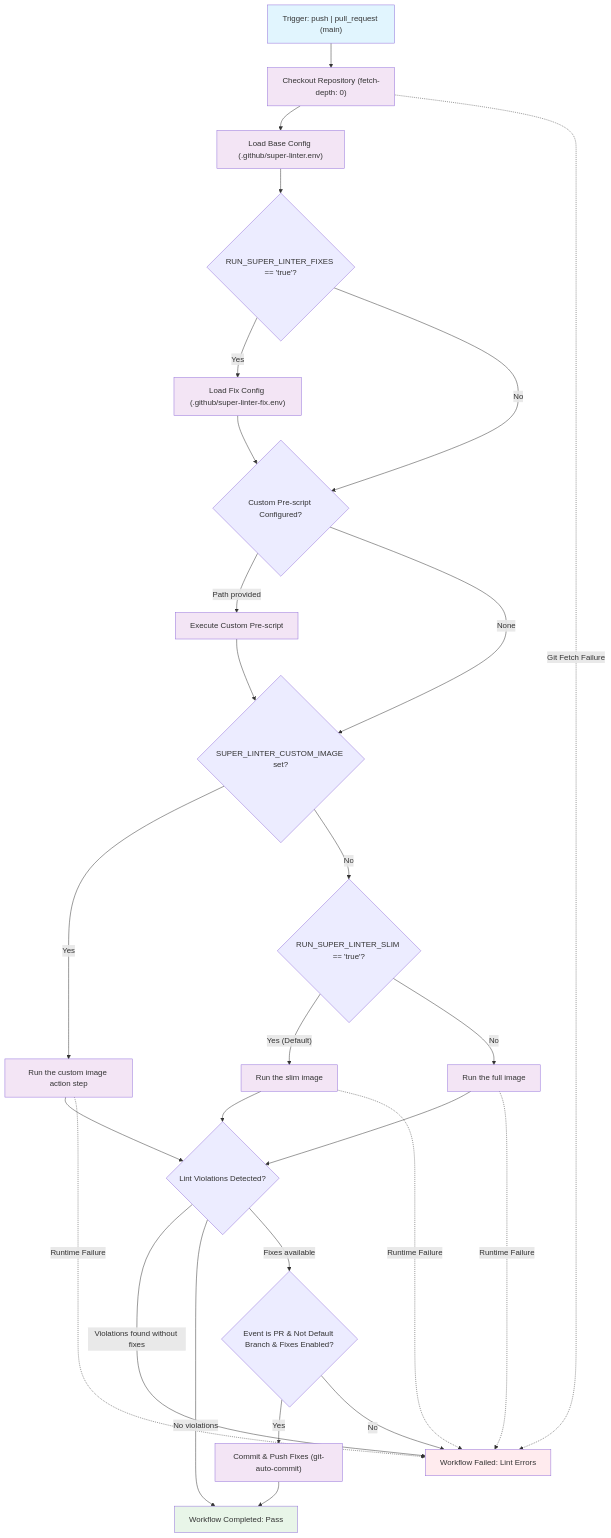
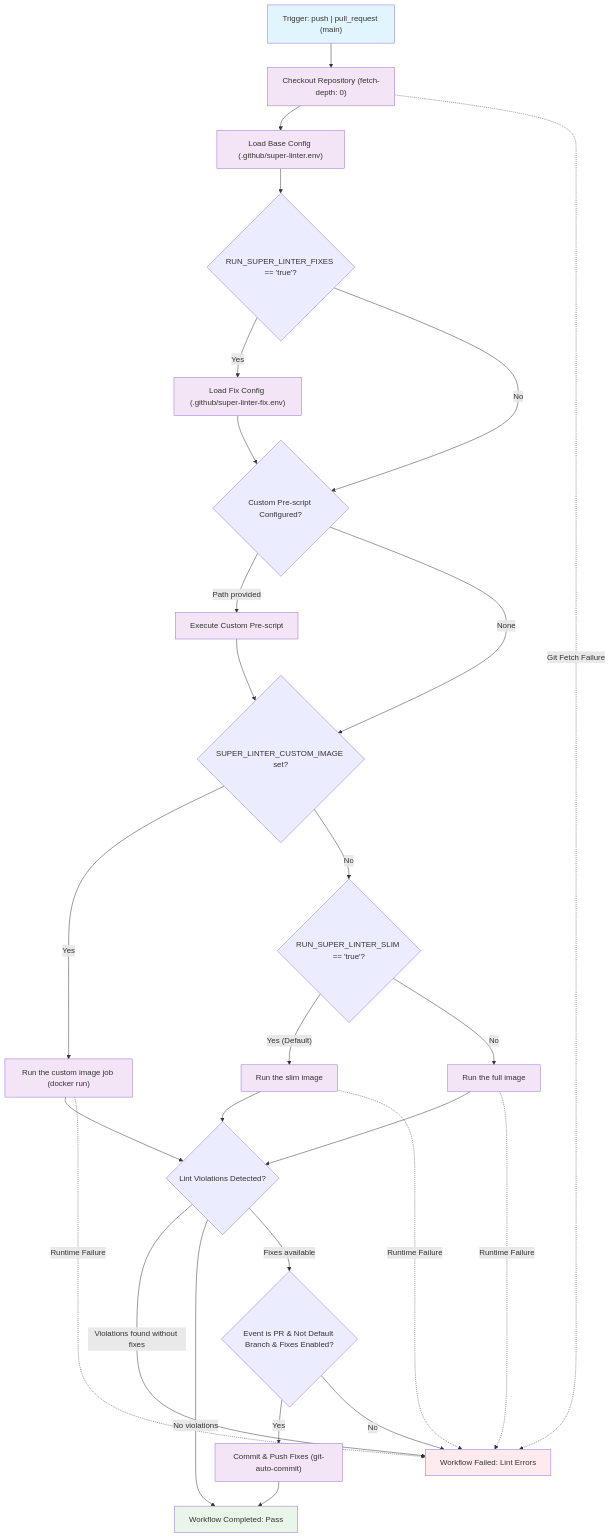
The diagram in workflows/super-linter/spec-process-cicd-super-linter.md (ghwfxlab/ghwm-registry), drawn with Mermaid before and after one commit. The commit also changed other lines of this file and 2 other files, not shown here.

First line of the commit message:
fix(super-linter): run the custom job only when an image is set and update the docs

````diff
--- a/workflows/super-linter/spec-process-cicd-super-linter.md
+++ b/workflows/super-linter/spec-process-cicd-super-linter.md
@@ -28,41 +28,41 @@
 ```mermaid
 graph TD
     TriggerNode["Trigger: push | pull_request (main)"] --> Checkout["Checkout Repository (fetch-depth: 0)"]
     Checkout --> LoadConfig["Load Base Config (.github/super-linter.env)"]
     LoadConfig --> CheckFixConfig{"RUN_SUPER_LINTER_FIXES == 'true'?"}
     CheckFixConfig -->|"Yes"| LoadFixConfig["Load Fix Config (.github/super-linter-fix.env)"]
     CheckFixConfig -->|"No"| CheckCustomScript{"Custom Pre-script Configured?"}
     LoadFixConfig --> CheckCustomScript
     CheckCustomScript -->|"Path provided"| RunCustomScript["Execute Custom Pre-script"]
     CheckCustomScript -->|"None"| SelectImage{"SUPER_LINTER_CUSTOM_IMAGE set?"}
     RunCustomScript --> SelectImage
-    SelectImage -->|"Yes"| RunCustom["Run the custom image action step"]
+    SelectImage -->|"Yes"| RunCustom["Run the custom image job (docker run)"]
     SelectImage -->|"No"| SelectRunner{"RUN_SUPER_LINTER_SLIM == 'true'?"}
     SelectRunner -->|"Yes (Default)"| RunSlim["Run the slim image"]
     SelectRunner -->|"No"| RunFull["Run the full image"]
     RunCustom --> EvalResults{"Lint Violations Detected?"}
     RunSlim --> EvalResults
     RunFull --> EvalResults
     EvalResults -->|"Violations found without fixes"| FailureNode["Workflow Failed: Lint Errors"]
     EvalResults -->|"No violations"| SuccessNode["Workflow Completed: Pass"]
     EvalResults -->|"Fixes available"| CheckAutoCommit{"Event is PR & Not Default Branch & Fixes Enabled?"}
     CheckAutoCommit -->|"Yes"| CommitFixes["Commit & Push Fixes (git-auto-commit)"]
     CheckAutoCommit -->|"No"| FailureNode
     CommitFixes --> SuccessNode
     Checkout -.->|"Git Fetch Failure"| FailureNode
     RunCustom -.->|"Runtime Failure"| FailureNode
     RunSlim -.->|"Runtime Failure"| FailureNode
     RunFull -.->|"Runtime Failure"| FailureNode
 
     style TriggerNode fill:#e1f5fe
     style SuccessNode fill:#e8f5e8
     style FailureNode fill:#ffebee
     style Checkout fill:#f3e5f5
     style LoadConfig fill:#f3e5f5
     style LoadFixConfig fill:#f3e5f5
     style RunCustomScript fill:#f3e5f5
     style RunCustom fill:#f3e5f5
     style RunSlim fill:#f3e5f5
     style RunFull fill:#f3e5f5
     style CommitFixes fill:#f3e5f5
 ```
````
